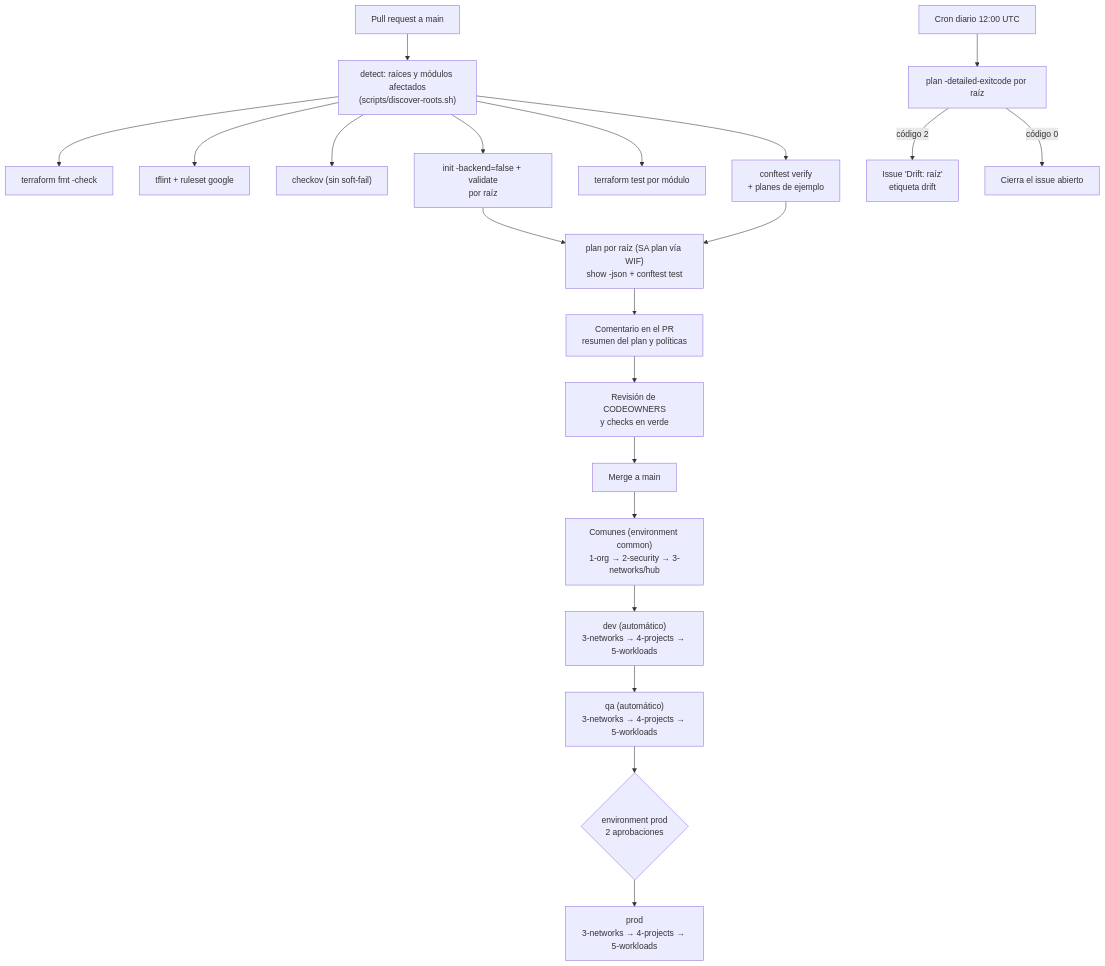
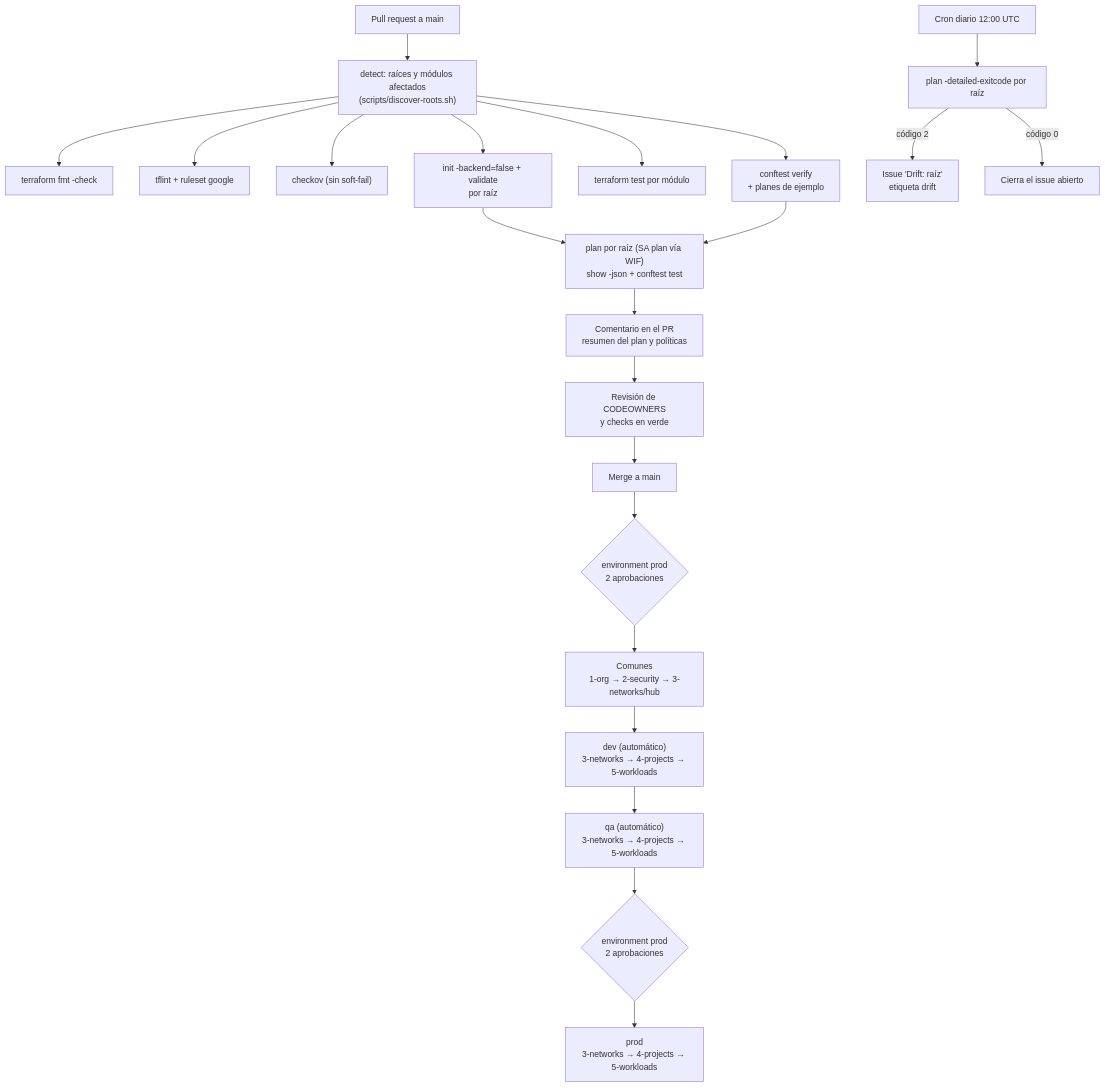
The diagram in gcp-datacenter/docs/diagrams/cicd.md (roccolpz/reto_banorte), drawn with Mermaid before and after one commit. The commit also changed 10 other files, not shown here.

Commit message:
fix(bootstrap): las SA de 1-org, 2-security y 3-networks-hub solo se impersonan desde el environment prod

````diff
--- a/gcp-datacenter/docs/diagrams/cicd.md
+++ b/gcp-datacenter/docs/diagrams/cicd.md
@@ -3,25 +3,26 @@
 ```mermaid
 flowchart TD
   pr["Pull request a main"] --> detect["detect: raíces y módulos afectados<br/>(scripts/discover-roots.sh)"]
   detect --> fmt["terraform fmt -check"]
   detect --> tflint["tflint + ruleset google"]
   detect --> checkov["checkov (sin soft-fail)"]
   detect --> ptest["conftest verify<br/>+ planes de ejemplo"]
   detect --> mtest["terraform test por módulo"]
   detect --> validate["init -backend=false + validate<br/>por raíz"]
   validate --> plan
   ptest --> plan
   plan["plan por raíz (SA plan vía WIF)<br/>show -json + conftest test"] --> comment["Comentario en el PR<br/>resumen del plan y políticas"]
   comment --> review["Revisión de CODEOWNERS<br/>y checks en verde"]
   review --> merge["Merge a main"]
 
-  merge --> common["Comunes (environment common)<br/>1-org → 2-security → 3-networks/hub"]
+  merge --> cgate{"environment prod<br/>2 aprobaciones"}
+  cgate --> common["Comunes<br/>1-org → 2-security → 3-networks/hub"]
   common --> devc["dev (automático)<br/>3-networks → 4-projects → 5-workloads"]
   devc --> qac["qa (automático)<br/>3-networks → 4-projects → 5-workloads"]
   qac --> gate{"environment prod<br/>2 aprobaciones"}
   gate --> prodc["prod<br/>3-networks → 4-projects → 5-workloads"]
 
   cron["Cron diario 12:00 UTC"] --> drift["plan -detailed-exitcode por raíz"]
   drift -->|"código 2"| issue["Issue 'Drift: raíz'<br/>etiqueta drift"]
   drift -->|"código 0"| close["Cierra el issue abierto"]
 ```
````
